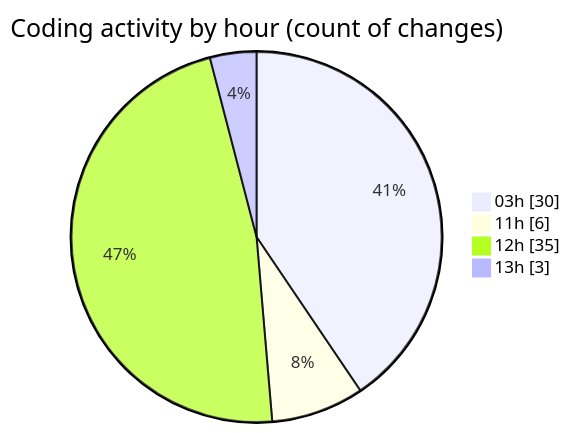
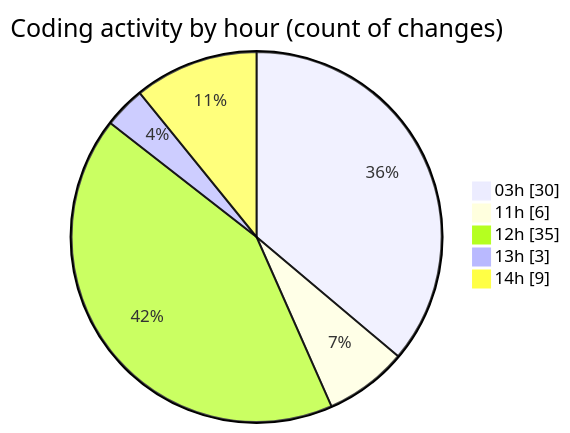
The second of 2 diagrams in 2025-09-13/napxuvn/README.md (lephambinh05/code-tracking), drawn with Mermaid before and after one commit. The commit also changed other lines of this file and 1 other file, not shown here.

````diff
--- a/2025-09-13/napxuvn/README.md
+++ b/2025-09-13/napxuvn/README.md
@@ -59,8 +66,9 @@
 ```mermaid
 pie showData
 title Coding activity by hour (count of changes)
 "03h" : 30
 "11h" : 6
 "12h" : 35
 "13h" : 3
+"14h" : 9
 ```
````
